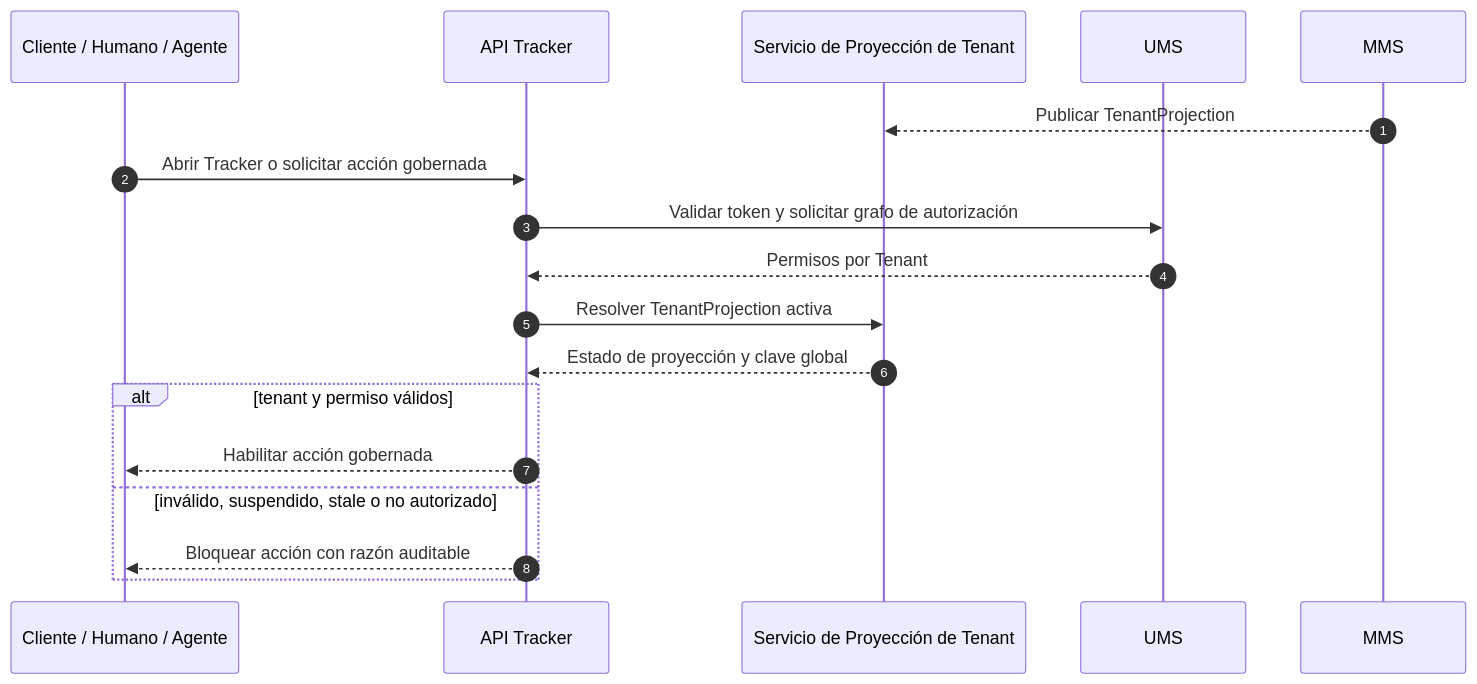
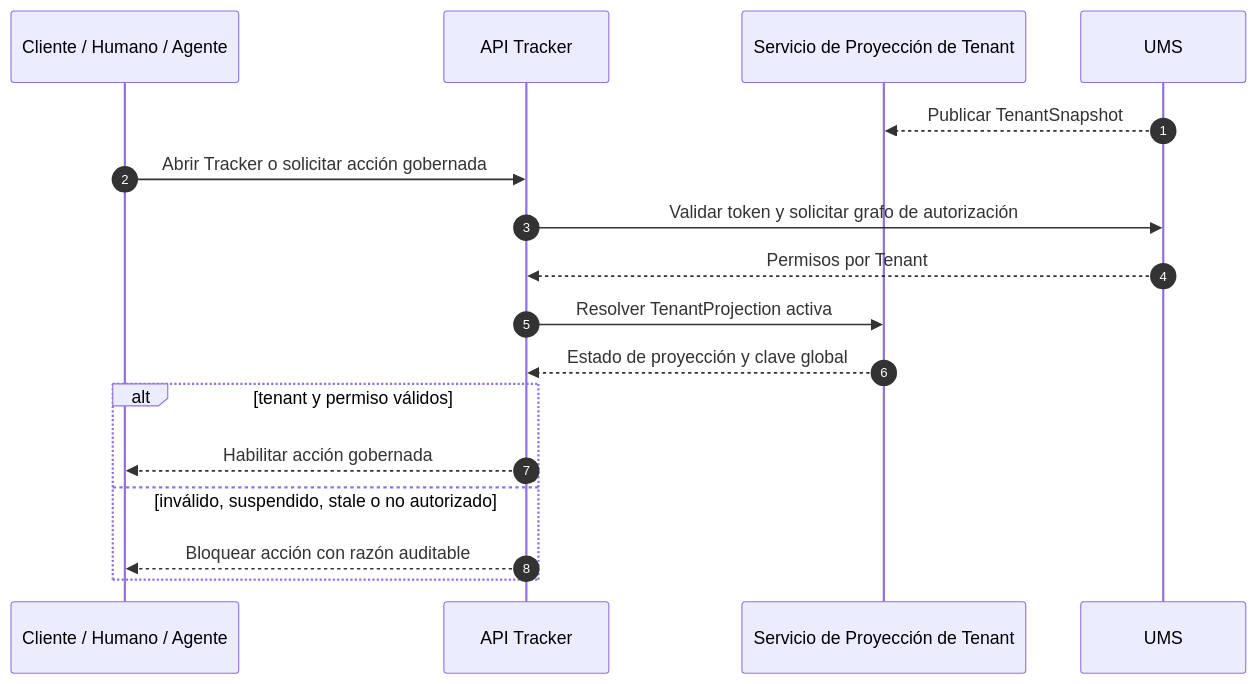
One commit to beyondnetcode/evolith_arch32 changed the second of 4 diagrams in product/products/evolith-tracker/sdlc-tracker-technical-interfaces.es.md. Above: the diagram before and after it, drawn with Mermaid. The commit also changed other lines of this file and 3 other files, not shown here.

First line of the commit message:
docs(suite): the two design documents that still drew MMS as the tenant master

````diff
--- a/product/products/evolith-tracker/sdlc-tracker-technical-interfaces.es.md
+++ b/product/products/evolith-tracker/sdlc-tracker-technical-interfaces.es.md
@@ -275,22 +274,21 @@
 ```mermaid
 sequenceDiagram
     autonumber
     participant C as Cliente / Humano / Agente
     participant T as API Tracker
     participant S as Servicio de Proyección de Tenant
     participant U as UMS
-    participant M as MMS
 
-    M-->>S: Publicar TenantProjection
+    U-->>S: Publicar TenantSnapshot
     C->>T: Abrir Tracker o solicitar acción gobernada
     T->>U: Validar token y solicitar grafo de autorización
     U-->>T: Permisos por Tenant
     T->>S: Resolver TenantProjection activa
     S-->>T: Estado de proyección y clave global
 
     alt tenant y permiso válidos
         T-->>C: Habilitar acción gobernada
     else inválido, suspendido, stale o no autorizado
         T-->>C: Bloquear acción con razón auditable
     end
 ```
````
